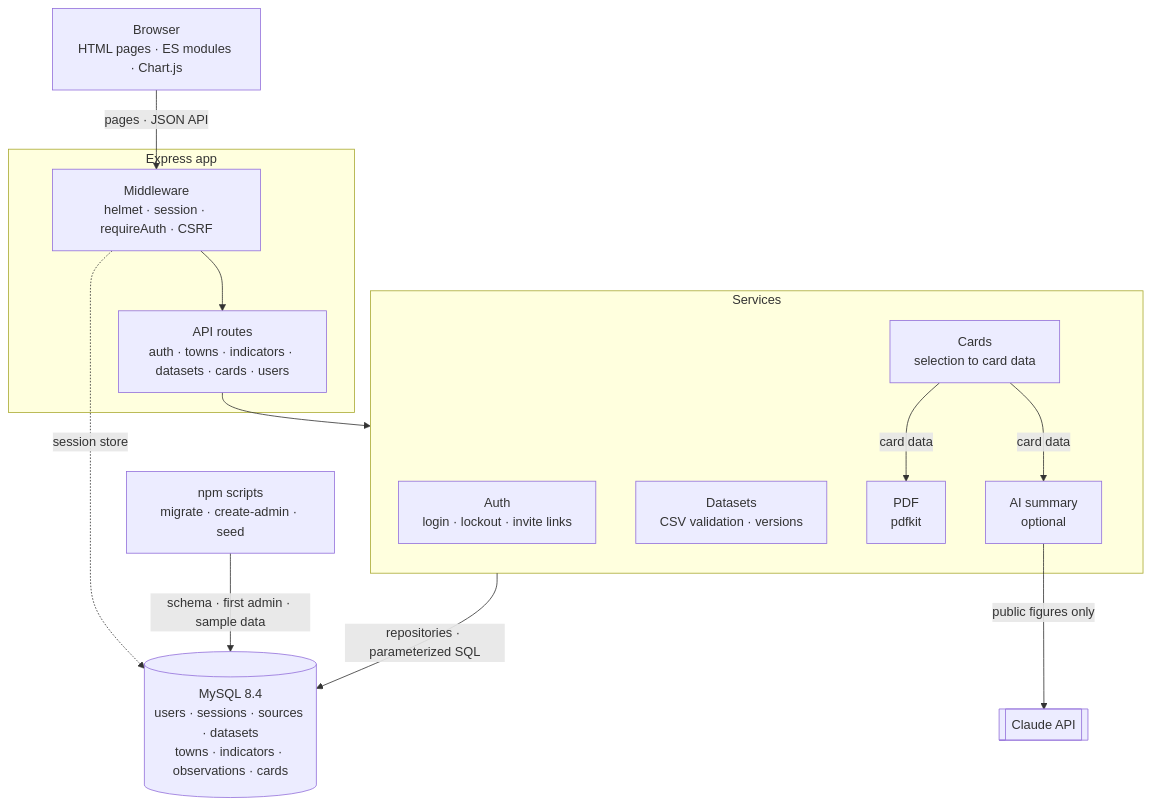
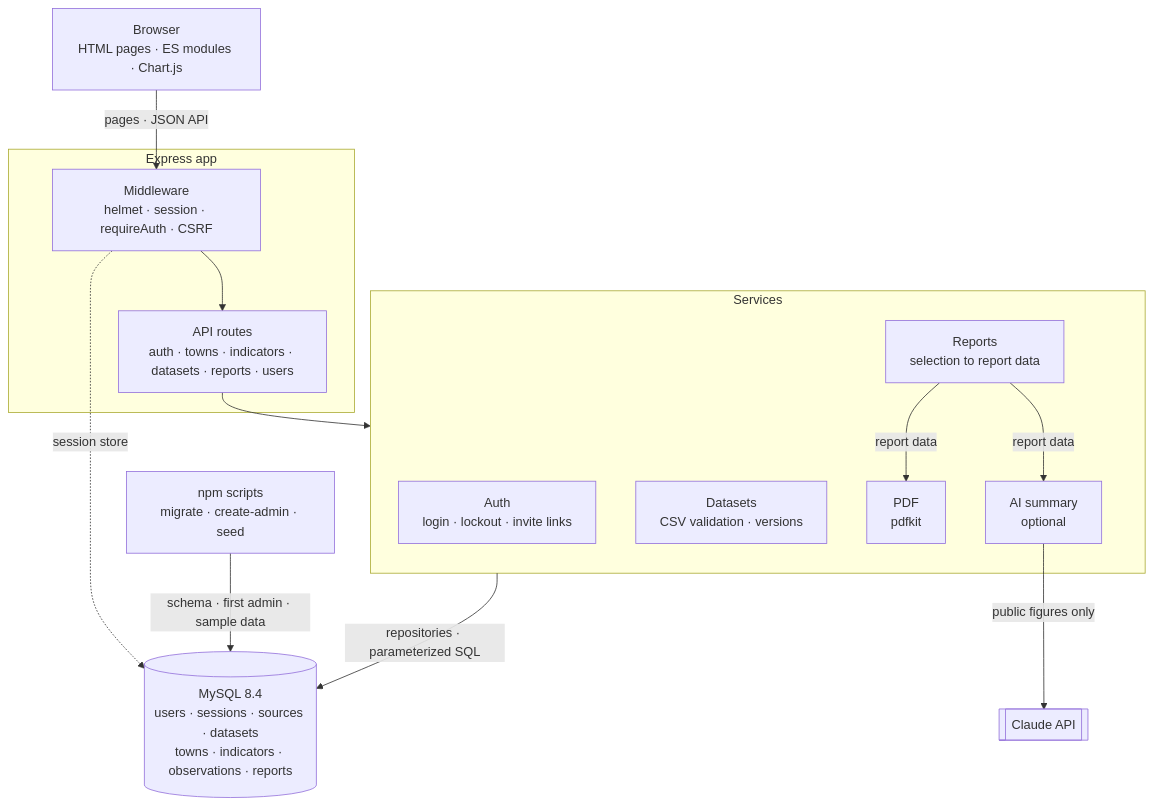
The diagram in ct-civic-data-explorer/docs/architecture.md (whalelogic/ct-data-explorer), drawn with Mermaid before and after one commit. The commit also changed other lines of this file and 35 other files, not shown here.

Commit message:
card -> report

````diff
--- a/ct-civic-data-explorer/docs/architecture.md
+++ b/ct-civic-data-explorer/docs/architecture.md
@@ -5,31 +5,31 @@
 ```mermaid
 flowchart TB
   Browser["Browser<br/>HTML pages · ES modules · Chart.js"]
   Scripts["npm scripts<br/>migrate · create-admin · seed"]
 
   subgraph App["Express app"]
     Middleware["Middleware<br/>helmet · session · requireAuth · CSRF"]
-    Routes["API routes<br/>auth · towns · indicators · datasets · cards · users"]
+    Routes["API routes<br/>auth · towns · indicators · datasets · reports · users"]
     Middleware --> Routes
   end
 
   subgraph Services["Services"]
     Auth["Auth<br/>login · lockout · invite links"]
     Datasets["Datasets<br/>CSV validation · versions"]
-    Cards["Cards<br/>selection to card data"]
+    Reports["Reports<br/>selection to report data"]
     Pdf["PDF<br/>pdfkit"]
     Ai["AI summary<br/>optional"]
-    Cards -->|"card data"| Pdf
-    Cards -->|"card data"| Ai
+    Reports -->|"report data"| Pdf
+    Reports -->|"report data"| Ai
   end
 
-  DB[("MySQL 8.4<br/>users · sessions · sources · datasets<br/>towns · indicators · observations · cards")]
+  DB[("MySQL 8.4<br/>users · sessions · sources · datasets<br/>towns · indicators · observations · reports")]
   Claude[["Claude API"]]
 
   Browser -->|"pages · JSON API"| Middleware
   Routes --> Services
   Services -->|"repositories · parameterized SQL"| DB
   Middleware -.->|"session store"| DB
   Ai -->|"public figures only"| Claude
   Scripts -->|"schema · first admin · sample data"| DB
 ```
````
